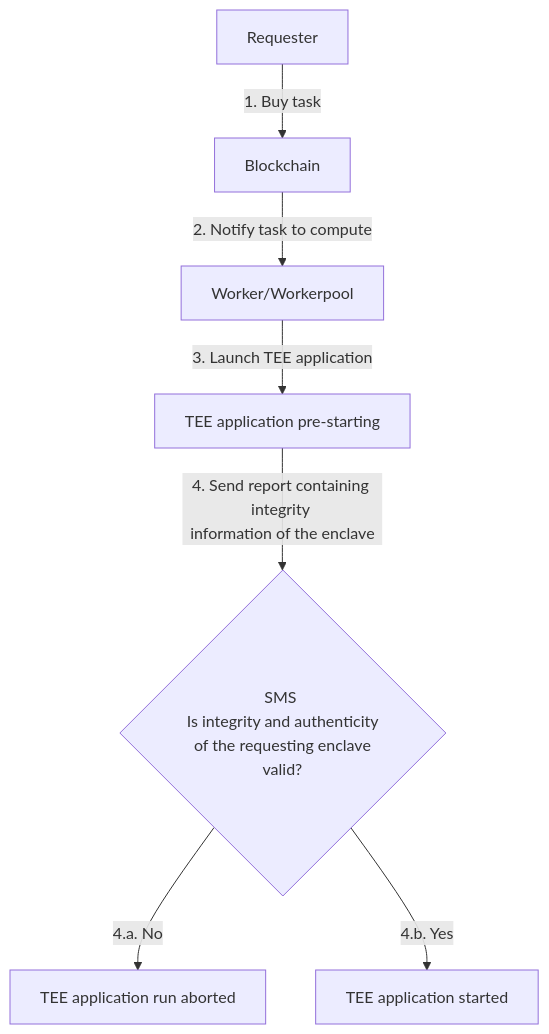
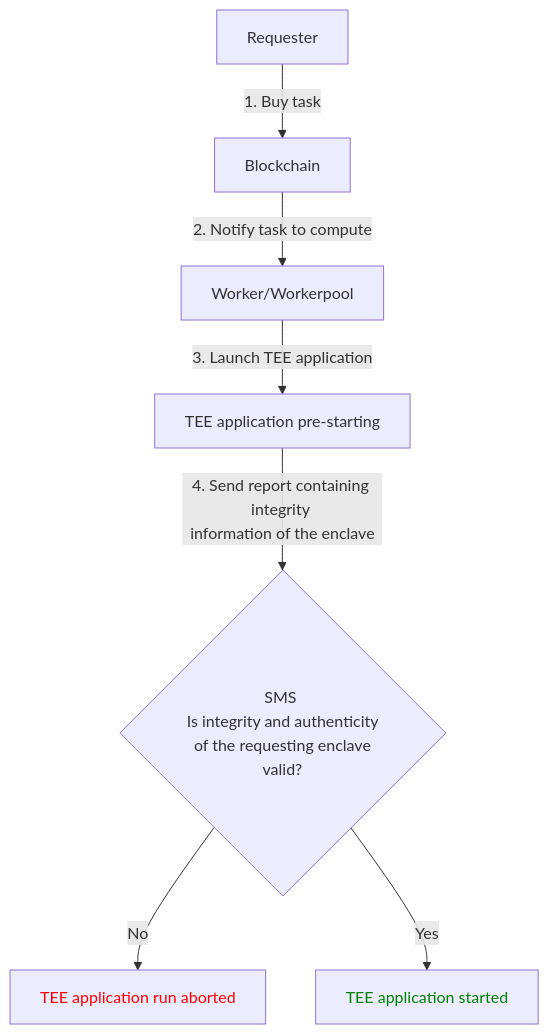
The diagram in for-developers/confidential-computing/intel-sgx-technology.md (iExecBlockchainComputing/documentation), drawn with Mermaid before and after one commit.

Commit message:
Add colors after enclave check

````diff
--- a/for-developers/confidential-computing/intel-sgx-technology.md
+++ b/for-developers/confidential-computing/intel-sgx-technology.md
@@ -18,9 +18,12 @@
 ```mermaid
 graph TD
     Req[Requester] --> |1. Buy task| Chain
     Chain[Blockchain] --> |2. Notify task to compute| Worker[Worker/Workerpool]
     Worker --> |3. Launch TEE application| App[TEE application pre-starting]
     App --> |4. Send report containing integrity <br>information of the enclave| SMS{SMS <br> Is integrity and authenticity <br> of the requesting enclave valid?}
-    SMS --> |4.a. No| AppFailed[TEE application run aborted]
-    SMS --> |4.b. Yes| AppStarted[TEE application started]   
+    SMS --> |No| AppFailed[TEE application run aborted]
+    SMS --> |Yes| AppStarted[TEE application started]   
+
+    style AppFailed color:red
+    style AppStarted color:green 
 ```
````
